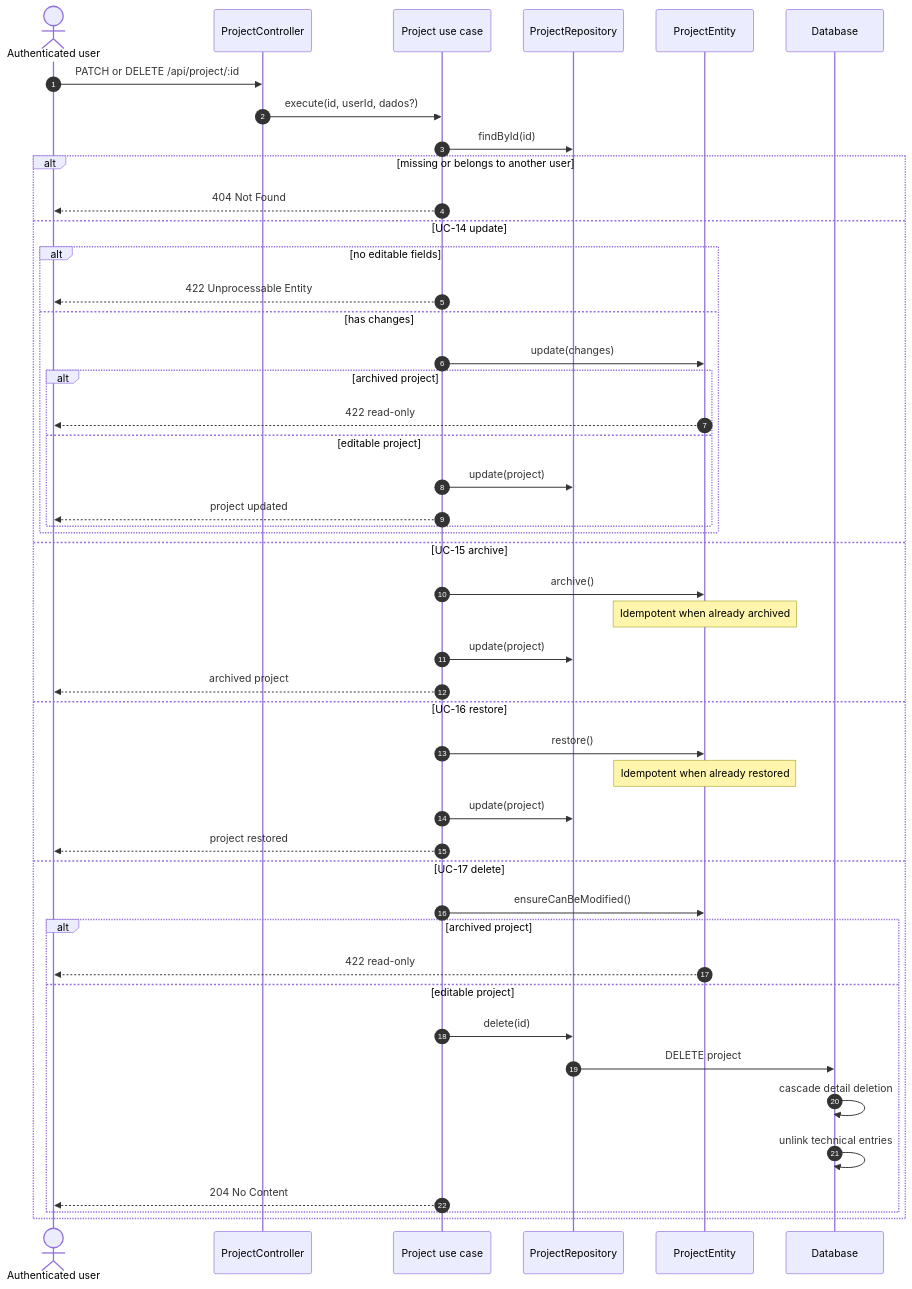
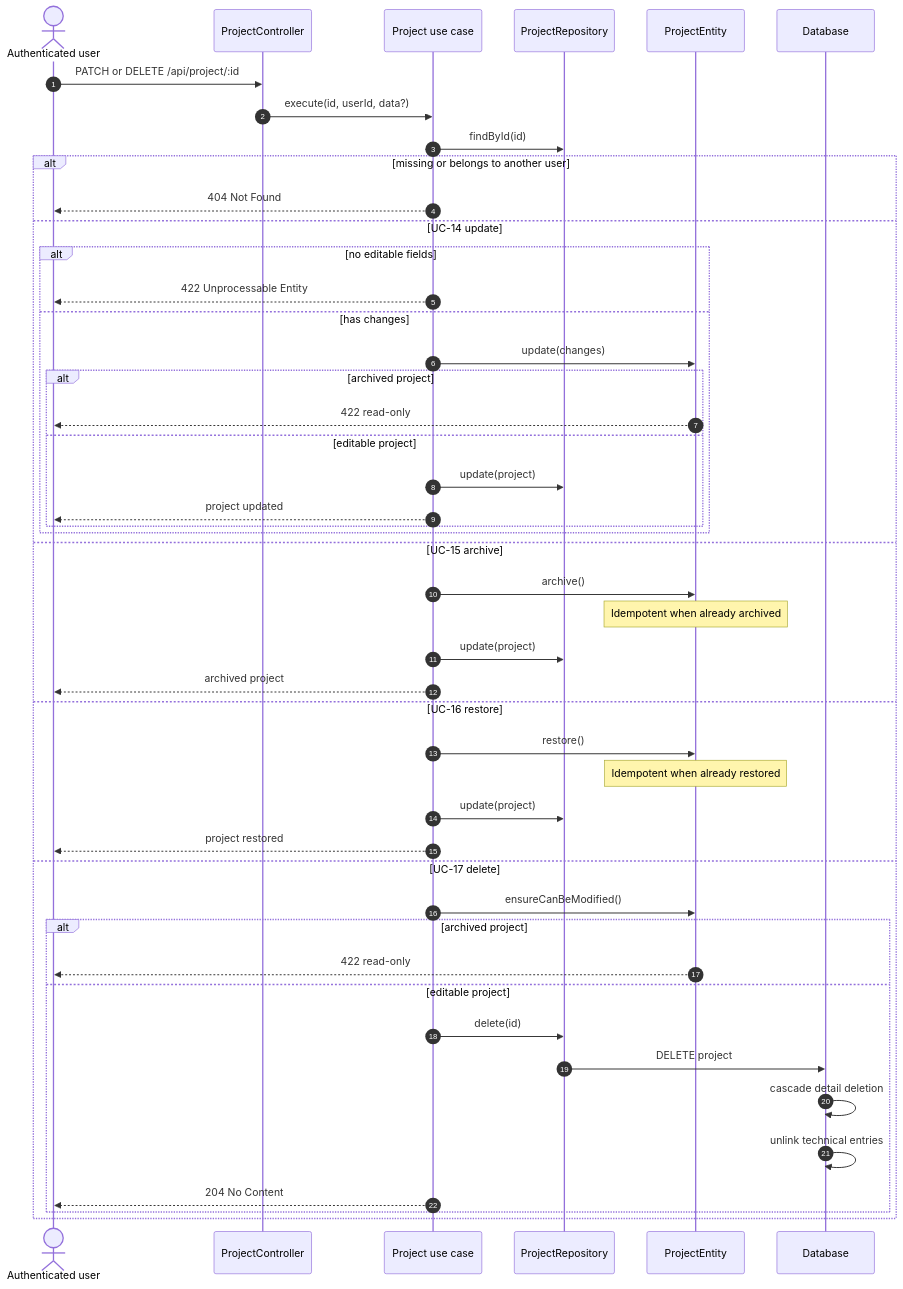
Before and after one commit to Lucalopezz/DevLog: the third of 6 diagrams in docs/diagrams/sequences/projects.md, drawn with Mermaid. The commit also changed other lines of this file and 68 other files, not shown here.

````diff
--- a/docs/diagrams/sequences/projects.md
+++ b/docs/diagrams/sequences/projects.md
@@ -76,50 +76,50 @@
 ```mermaid
 sequenceDiagram
     autonumber
     actor UserActor as Authenticated user
     participant C as ProjectController
     participant UC as Project use case
     participant PRepo as ProjectRepository
     participant Project as ProjectEntity
     participant DB as Database
 
     UserActor->>C: PATCH or DELETE /api/project/:id
-    C->>UC: execute(id, userId, dados?)
+    C->>UC: execute(id, userId, data?)
     UC->>PRepo: findById(id)
     alt missing or belongs to another user
         UC-->>UserActor: 404 Not Found
     else UC-14 update
         alt no editable fields
             UC-->>UserActor: 422 Unprocessable Entity
         else has changes
             UC->>Project: update(changes)
             alt archived project
                 Project-->>UserActor: 422 read-only
             else editable project
                 UC->>PRepo: update(project)
                 UC-->>UserActor: project updated
             end
         end
     else UC-15 archive
         UC->>Project: archive()
         Note over Project: Idempotent when already archived
         UC->>PRepo: update(project)
         UC-->>UserActor: archived project
     else UC-16 restore
         UC->>Project: restore()
         Note over Project: Idempotent when already restored
         UC->>PRepo: update(project)
         UC-->>UserActor: project restored
     else UC-17 delete
         UC->>Project: ensureCanBeModified()
         alt archived project
             Project-->>UserActor: 422 read-only
         else editable project
             UC->>PRepo: delete(id)
             PRepo->>DB: DELETE project
             DB->>DB: cascade detail deletion
             DB->>DB: unlink technical entries
             UC-->>UserActor: 204 No Content
         end
     end
 ```
````
